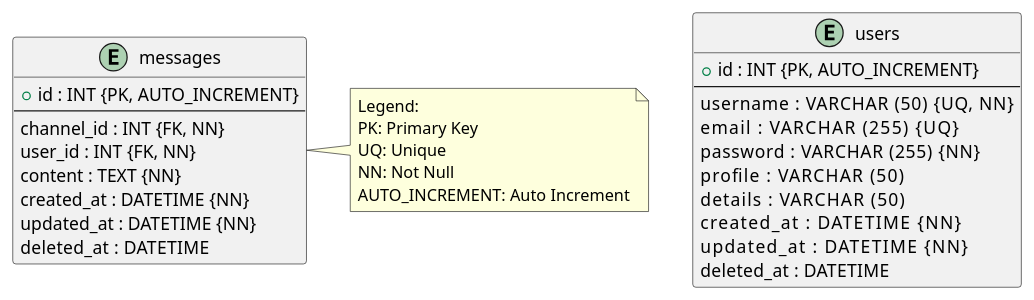
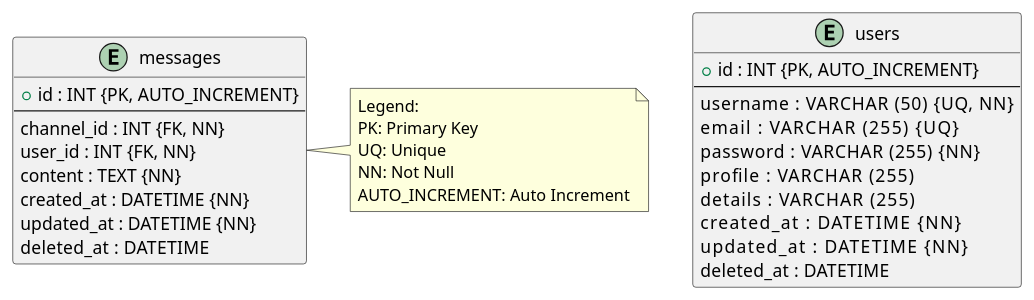
The third of 3 diagrams in document/right_user.puml (flyaway2525/Web-Server), drawn with PlantUML before and after one commit. The commit also changed 1 other file, not shown here.

```diff
--- a/document/right_user.puml
+++ b/document/right_user.puml
@@ -56,35 +56,35 @@
 @startuml
 
 entity "users" {
     + id : INT {PK, AUTO_INCREMENT}
     --
     username    : VARCHAR  (50)  {UQ, NN}
     email       : VARCHAR  (255) {UQ}
     password    : VARCHAR  (255) {NN}
-    profile     : VARCHAR  (50)
-    details     : VARCHAR  (50)
+    profile     : VARCHAR  (255)
+    details     : VARCHAR  (255)
     created_at  : DATETIME       {NN}
     updated_at  : DATETIME       {NN}
     deleted_at  : DATETIME
 }
 
 entity "messages" {
     + id : INT {PK, AUTO_INCREMENT}
     --
     channel_id : INT {FK, NN}
     user_id : INT {FK, NN}
     content : TEXT {NN}
     created_at : DATETIME {NN}
     updated_at : DATETIME {NN}
     deleted_at  : DATETIME
 }
 
 note right of messages
   Legend:
   PK: Primary Key
   UQ: Unique
   NN: Not Null
   AUTO_INCREMENT: Auto Increment
 end note
 
 @enduml
```
